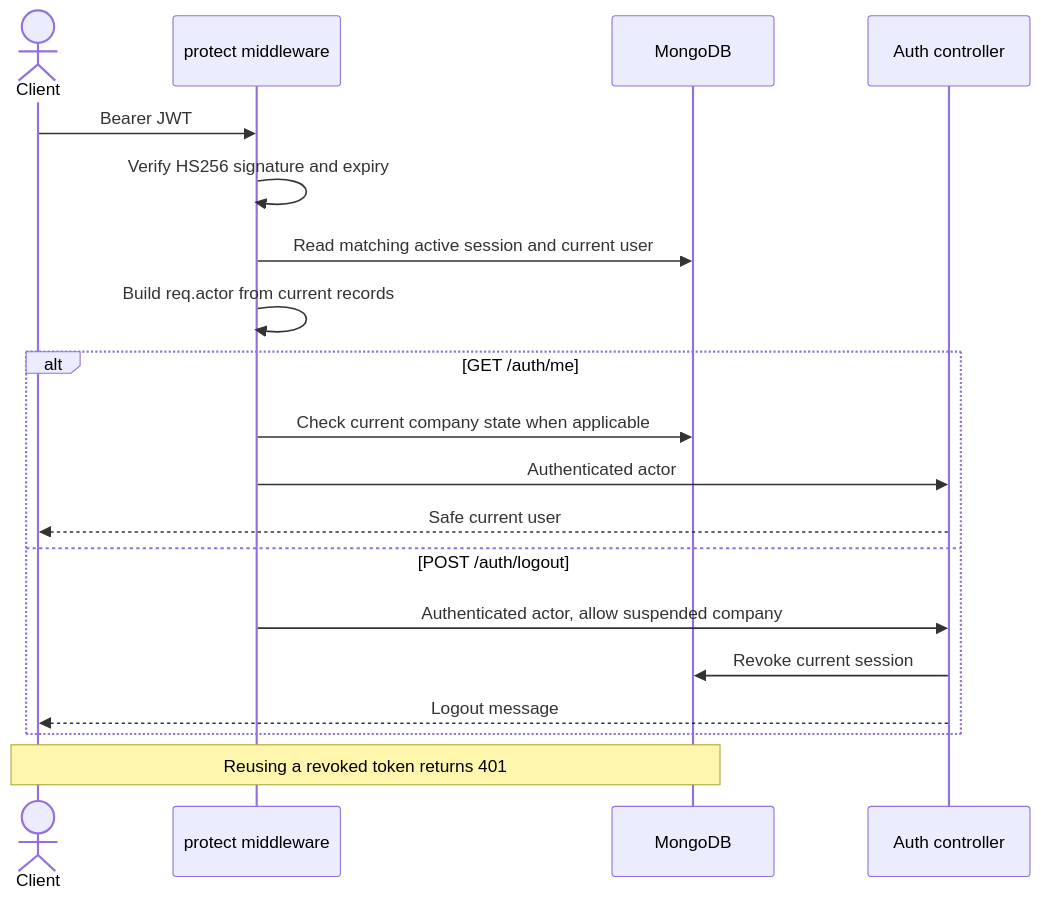
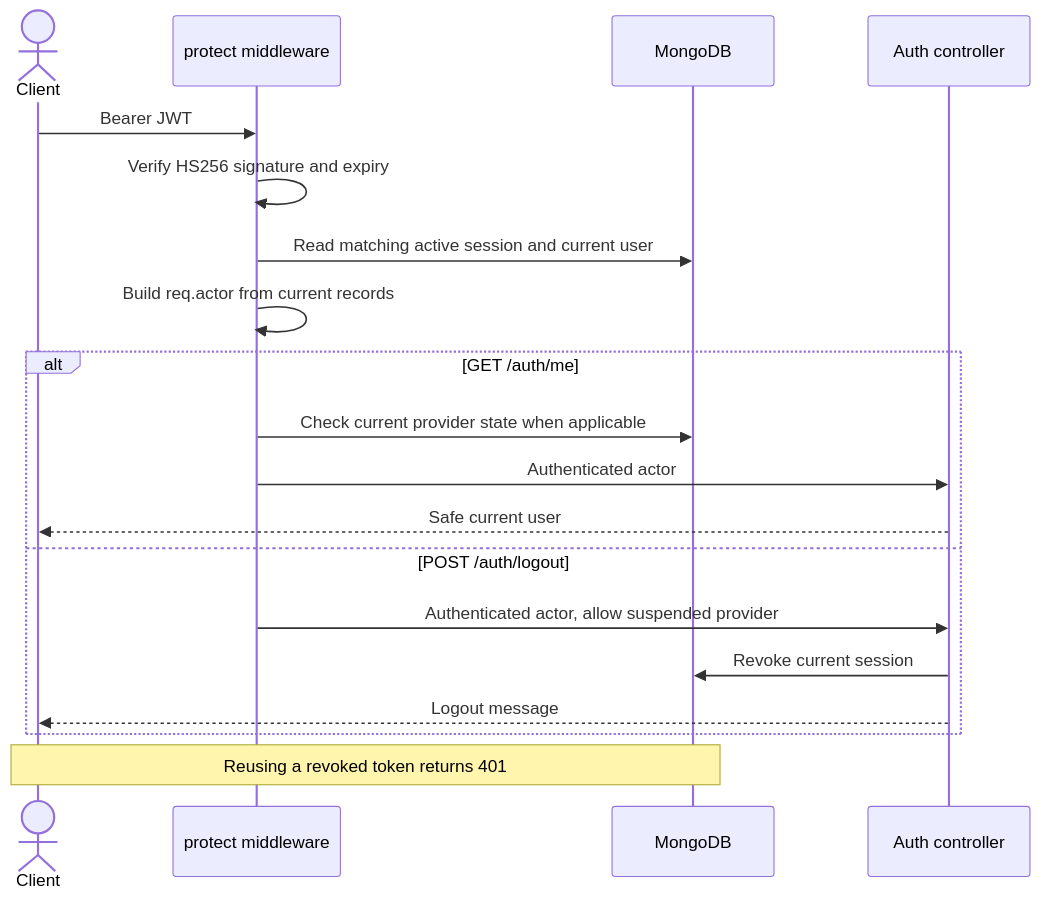
The second of 2 diagrams in docs/diagrams/a01-auth.md (kormuyang/swdevprac1-project-dobby), drawn with Mermaid before and after one commit. The commit also changed other lines of this file and 60 other files, not shown here.

````diff
--- a/docs/diagrams/a01-auth.md
+++ b/docs/diagrams/a01-auth.md
@@ -34,21 +35,21 @@
 ```mermaid
 sequenceDiagram
     actor Client
     participant Auth as protect middleware
     participant DB as MongoDB
     participant Handler as Auth controller
     Client->>Auth: Bearer JWT
     Auth->>Auth: Verify HS256 signature and expiry
     Auth->>DB: Read matching active session and current user
     Auth->>Auth: Build req.actor from current records
     alt GET /auth/me
-        Auth->>DB: Check current company state when applicable
+        Auth->>DB: Check current provider state when applicable
         Auth->>Handler: Authenticated actor
         Handler-->>Client: Safe current user
     else POST /auth/logout
-        Auth->>Handler: Authenticated actor, allow suspended company
+        Auth->>Handler: Authenticated actor, allow suspended provider
         Handler->>DB: Revoke current session
         Handler-->>Client: Logout message
     end
     Note over Client,DB: Reusing a revoked token returns 401
 ```
````
